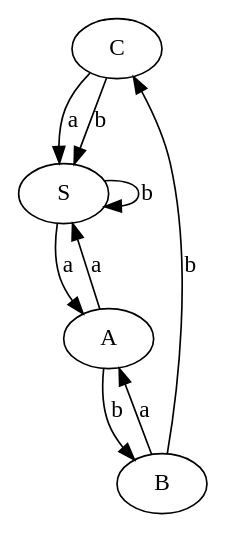
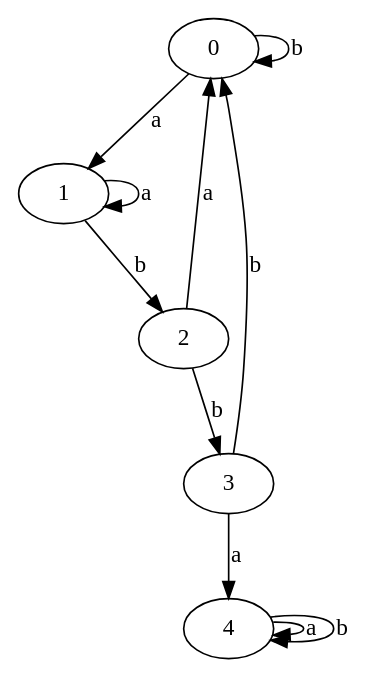
The diagram in DFA.gv (BilelAvans/FormMeth), drawn with Graphviz before and after one commit. The commit also changed 27 other files, not shown here.

```diff
--- a/DFA.gv
+++ b/DFA.gv
@@ -1,1 +1,12 @@
-digraph { C -> S [ label="a", weigth="0.6"];C -> S [ label="b", weigth="0.6"];B -> C [ label="b", weigth="0.6"];B -> A [ label="a", weigth="0.6"];A -> B [ label="b", weigth="0.6"];A -> S [ label="a", weigth="0.6"];S -> A [ label="a", weigth="0.6"];S -> S [ label="b", weigth="0.6"];}
+digraph { 
+0 -> 1 [ label="a", weigth="0.6"]; 
+0 -> 0 [ label="b", weigth="0.6"]; 
+1 -> 2 [ label="b", weigth="0.6"]; 
+1 -> 1 [ label="a", weigth="0.6"]; 
+2 -> 3 [ label="b", weigth="0.6"]; 
+2 -> 0 [ label="a", weigth="0.6"]; 
+3 -> 4 [ label="a", weigth="0.6"]; 
+3 -> 0 [ label="b", weigth="0.6"]; 
+4 -> 4 [ label="a", weigth="0.6"]; 
+4 -> 4 [ label="b", weigth="0.6"]; 
+}
```
